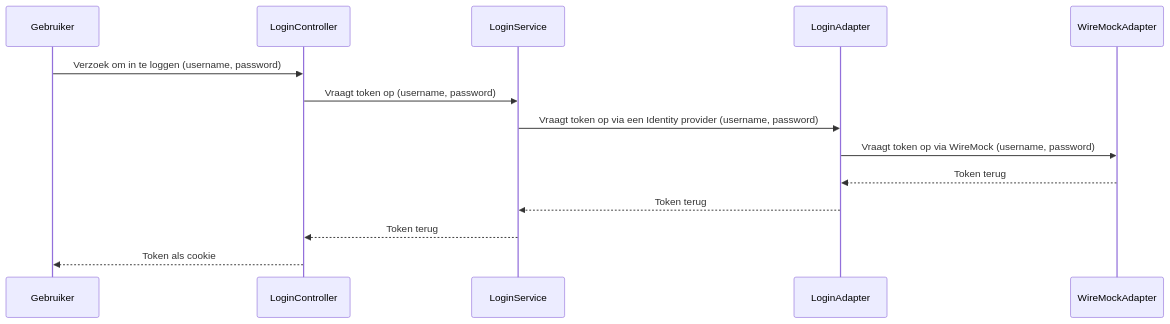
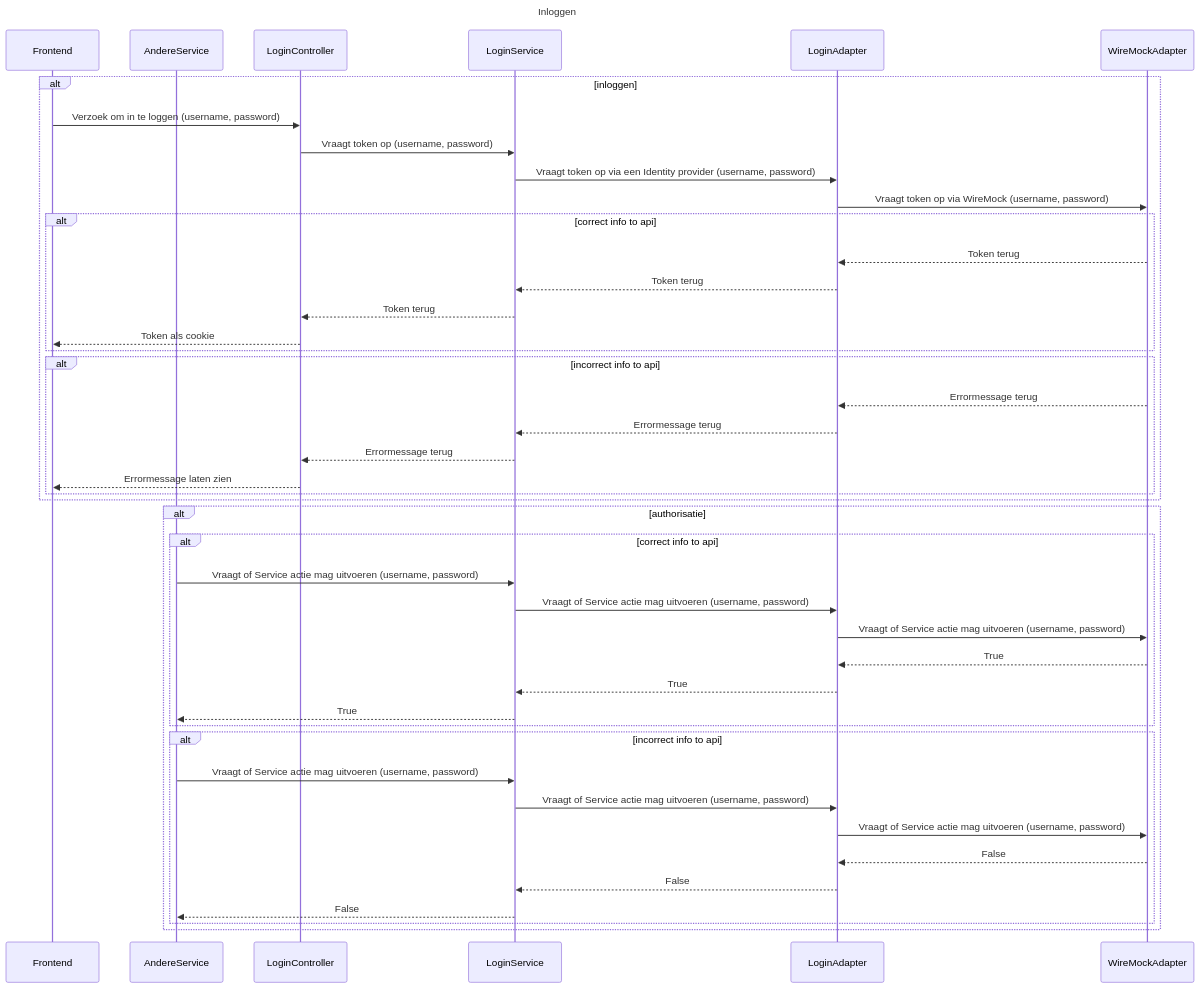
Before and after one commit to AIM-ENE-feb25/triptop-inshallahboys: the first of 5 diagrams in software-guidebook/README.md, drawn with Mermaid. The commit also changed other lines of this file, not shown here.

Commit message:
Sequentiediagram in SGB

````diff
--- a/software-guidebook/README.md
+++ b/software-guidebook/README.md
@@ -115,17 +118,49 @@
 ```mermaid
 sequenceDiagram
-    participant Gebruiker
+title Inloggen
+    participant Frontend
+    participant AndereService
     participant LoginController
     participant LoginService
     participant LoginAdapter
     participant WireMockAdapter
 
-    Gebruiker->>LoginController: Verzoek om in te loggen (username, password)
+alt inloggen
+    Frontend->>LoginController: Verzoek om in te loggen (username, password)
     LoginController->>LoginService: Vraagt token op (username, password)
     LoginService->>LoginAdapter: Vraagt token op via een Identity provider (username, password)
     LoginAdapter->>WireMockAdapter: Vraagt token op via WireMock (username, password)
+    alt correct info to api
     WireMockAdapter-->>LoginAdapter: Token terug
     LoginAdapter-->>LoginService: Token terug
     LoginService-->>LoginController: Token terug
-    LoginController-->>Gebruiker: Token als cookie
+    LoginController-->>Frontend: Token als cookie
+    end
+    alt incorrect info to api
+    WireMockAdapter-->>LoginAdapter: Errormessage terug
+    LoginAdapter-->>LoginService: Errormessage terug
+    LoginService-->>LoginController: Errormessage terug
+    LoginController-->>Frontend: Errormessage laten zien
+    end
+end
+alt authorisatie
+    alt correct info to api
+    AndereService->>LoginService: Vraagt of Service actie mag uitvoeren (username, password)
+    LoginService->>LoginAdapter: Vraagt of Service actie mag uitvoeren (username, password)
+    LoginAdapter->>WireMockAdapter: Vraagt of Service actie mag uitvoeren (username, password)
+    WireMockAdapter-->>LoginAdapter: True
+    LoginAdapter-->>LoginService: True
+    LoginService-->>AndereService: True
+    end
+    alt incorrect info to api
+    AndereService->>LoginService: Vraagt of Service actie mag uitvoeren (username, password)
+    LoginService->>LoginAdapter: Vraagt of Service actie mag uitvoeren (username, password)
+    LoginAdapter->>WireMockAdapter: Vraagt of Service actie mag uitvoeren (username, password)
+    WireMockAdapter-->>LoginAdapter: False
+    LoginAdapter-->>LoginService: False
+    LoginService-->>AndereService: False
+    end
+end
+
+
 ```
````
